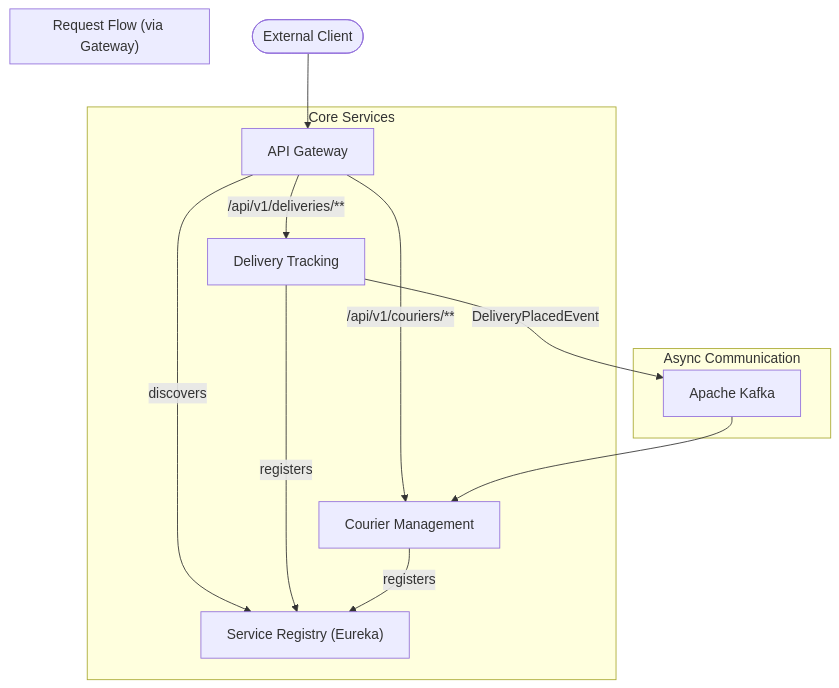
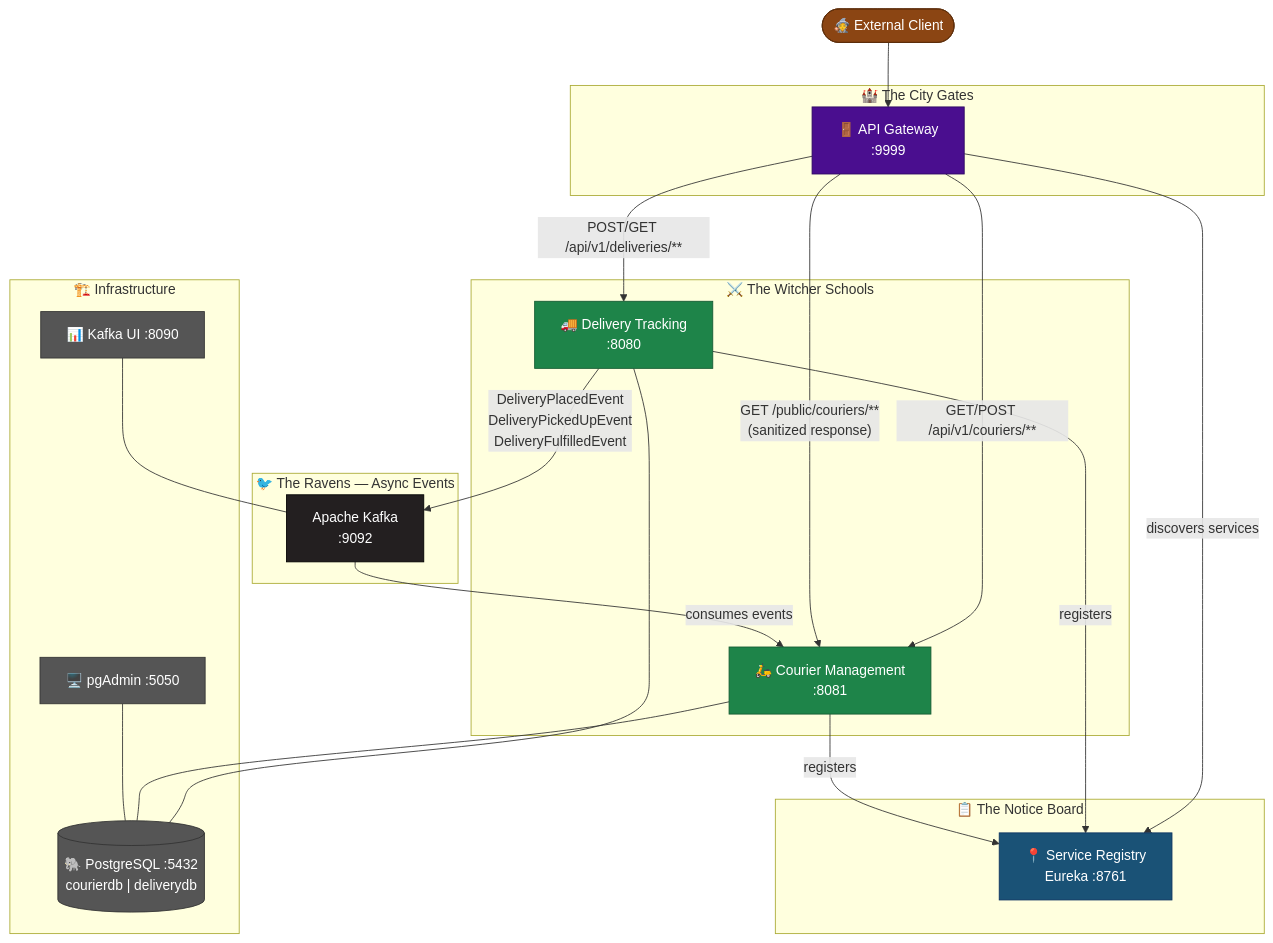
One commit to weritonpetreca/petrecadelivery changed the diagram in README.md. Above: the diagram before and after it, drawn with Mermaid. The commit also changed other lines of this file and 30 other files, not shown here.

````diff
--- a/README.md
+++ b/README.md
@@ -23,20 +36,51 @@
 ```mermaid
 graph TD
-    Client([External Client]) --> Gateway["API Gateway"];
+    Client(["🧙 External Client"]):::client --> GW
 
-    subgraph "Core Services"
-        Gateway -- discovers --> Registry["Service Registry (Eureka)"];
-        DeliveryTracking["Delivery Tracking"] -- registers --> Registry;
-        CourierManagement["Courier Management"] -- registers --> Registry;
+    subgraph "🏰 The City Gates"
+        GW["🚪 API Gateway\n:9999"]:::gateway
     end
 
-    subgraph "Request Flow (via Gateway)"
-        Gateway -- "/api/v1/deliveries/**" --> DeliveryTracking;
-        Gateway -- "/api/v1/couriers/**" --> CourierManagement;
+    subgraph "📋 The Notice Board"
+        SR["📍 Service Registry\nEureka :8761"]:::registry
     end
 
-    subgraph "Async Communication"
-        DeliveryTracking -- "DeliveryPlacedEvent" --> Kafka["Apache Kafka"];
-        Kafka -- " " --> CourierManagement;
+    GW -- "discovers services" --> SR
+
+    subgraph "⚔️ The Witcher Schools"
+        DT["🚚 Delivery Tracking\n:8080"]:::service
+        CM["🛵 Courier Management\n:8081"]:::service
     end
+
+    DT -- "registers" --> SR
+    CM -- "registers" --> SR
+
+    GW -- "POST/GET /api/v1/deliveries/**" --> DT
+    GW -- "GET/POST /api/v1/couriers/**" --> CM
+    GW -- "GET /public/couriers/**\n(sanitized response)" --> CM
+
+    subgraph "🐦 The Ravens — Async Events"
+        K["Apache Kafka\n:9092"]:::kafka
+    end
+
+    DT -- "DeliveryPlacedEvent\nDeliveryPickedUpEvent\nDeliveryFulfilledEvent" --> K
+    K -- "consumes events" --> CM
+
+    subgraph "🏗️ Infrastructure"
+        PG[("🐘 PostgreSQL :5432\ncourierdb | deliverydb")]:::infra
+        PGA["🖥️ pgAdmin :5050"]:::infra
+        KUI["📊 Kafka UI :8090"]:::infra
+    end
+
+    DT --- PG
+    CM --- PG
+    PGA --- PG
+    KUI --- K
+
+    classDef client fill:#8B4513,color:#fff,stroke:#5C2D0A
+    classDef gateway fill:#4A0E8F,color:#fff,stroke:#2D0860
+    classDef registry fill:#1A5276,color:#fff,stroke:#0E3460
+    classDef service fill:#1E8449,color:#fff,stroke:#145A32
+    classDef kafka fill:#231F20,color:#fff,stroke:#000
+    classDef infra fill:#555,color:#fff,stroke:#333
 ```
````
